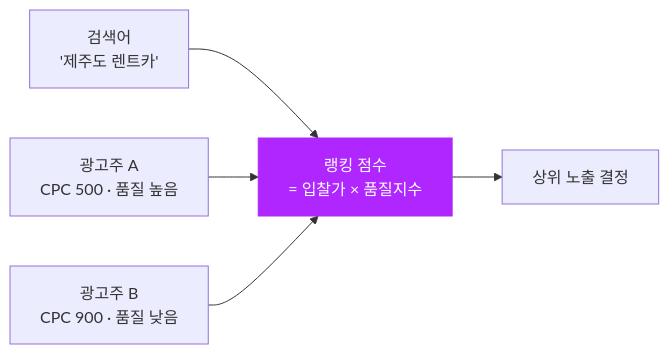
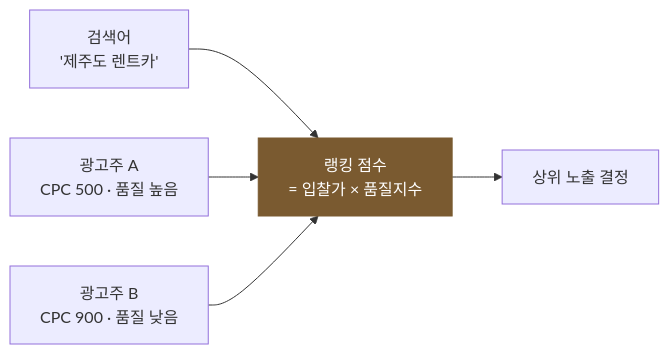
One commit to chkimsu/adtech-blog changed the second of 2 diagrams in posts/kakao-ads-products.md. Above: the diagram before and after it, drawn with Mermaid. The commit also changed other lines of this file and 40 other files, not shown here.

````diff
--- a/posts/kakao-ads-products.md
+++ b/posts/kakao-ads-products.md
@@ -212,8 +212,8 @@
 ```mermaid
 graph LR
     Q["검색어<br/>'제주도 렌트카'"] --> RANK["랭킹 점수<br/>= 입찰가 × 품질지수"]
     A1["광고주 A<br/>CPC 500 · 품질 높음"] --> RANK
     A2["광고주 B<br/>CPC 900 · 품질 낮음"] --> RANK
     RANK --> OUT["상위 노출 결정"]
-    style RANK fill:#b026ff,stroke:#b026ff,color:#fff
+    style RANK fill:#7a5a30,stroke:#7a5a30,color:#fff
 ```
````
